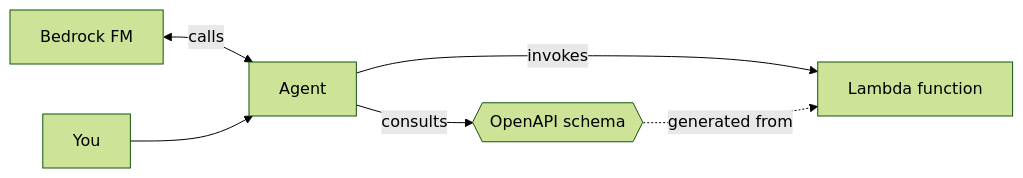
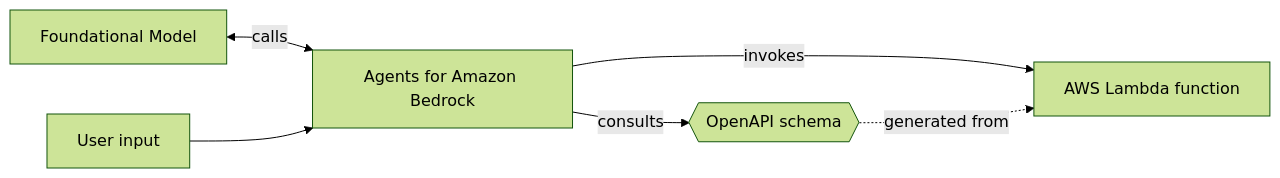
Before and after one commit to aws-powertools/powertools-lambda-python: the diagram in docs/core/event_handler/bedrock_agents.md, drawn with Mermaid (forest theme). The commit also changed other lines of this file, not shown here.

````diff
--- a/docs/core/event_handler/bedrock_agents.md
+++ b/docs/core/event_handler/bedrock_agents.md
@@ -17,8 +8,8 @@
 ```mermaid
 flowchart LR
-	Bedrock[Bedrock FM] <-- calls --> Agent
-	You --> Agent
-	Agent -- invokes --> Lambda[Lambda function]
+	Bedrock[Foundational Model] <-- calls --> Agent
+	You[User input] --> Agent
+	Agent[Agents for Amazon Bedrock] -- invokes --> Lambda[AWS Lambda function]
 	Agent -- consults --> OpenAPI{{OpenAPI schema}}
 	OpenAPI -. generated from .-> Lambda
 ```
````
